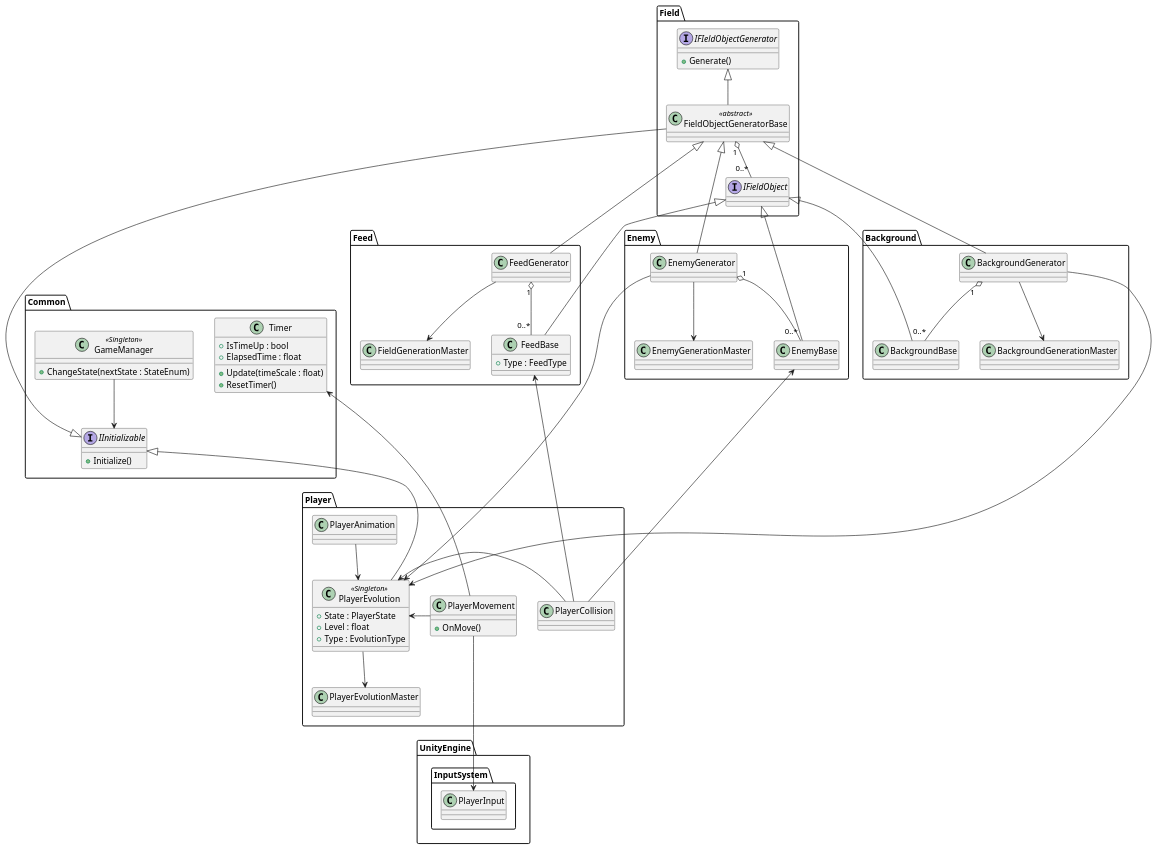
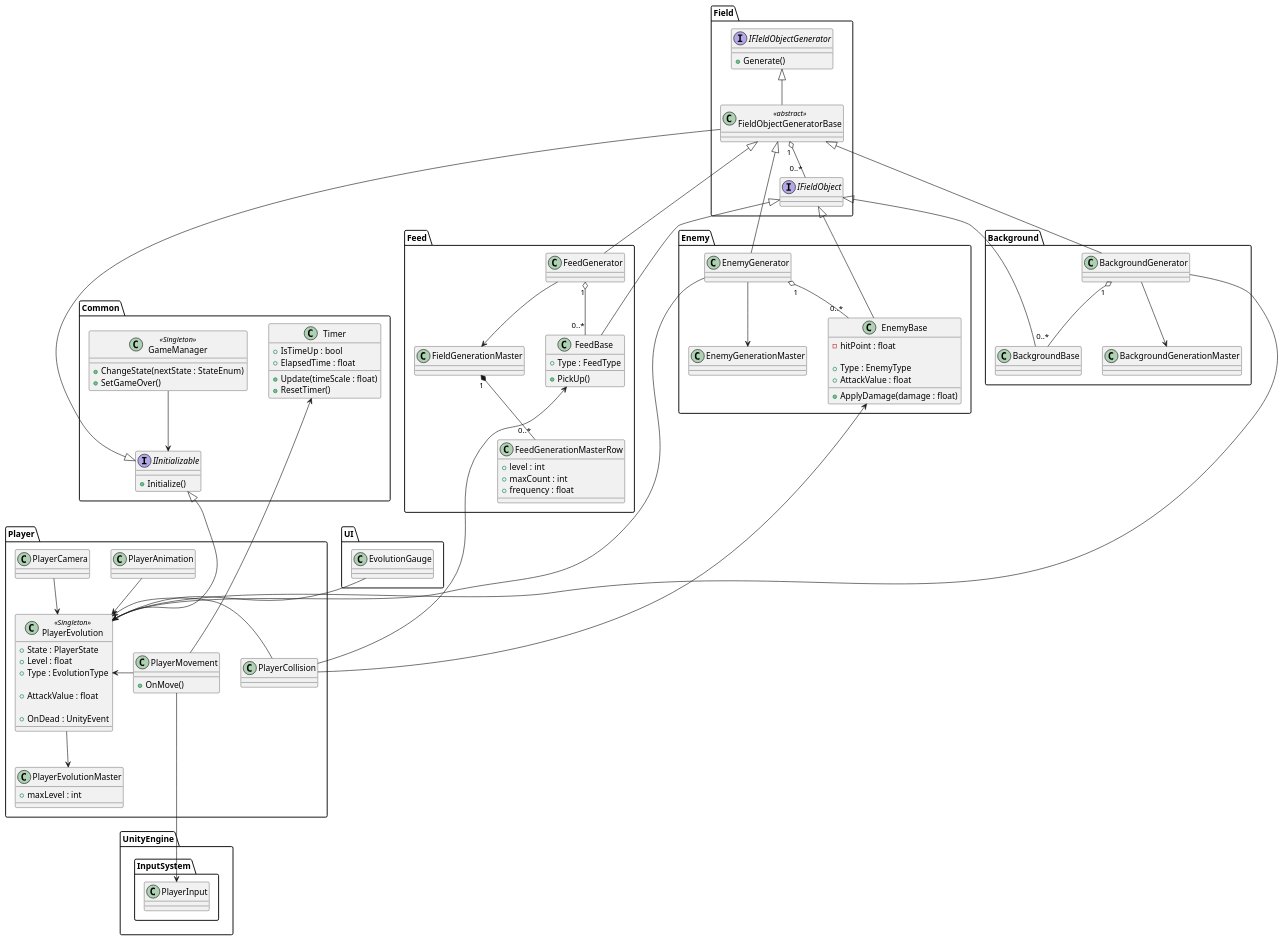
One commit to Donguri-AcornSloth/GGJTUT23Team4 changed the diagram in UML/Game.pu. Above: the diagram before and after it, drawn with PlantUML.

Commit message:
クラス図更新。

```diff
--- a/UML/Game.pu
+++ b/UML/Game.pu
@@ -1,125 +1,159 @@
 @startuml Game
 
 ' InputSystem
 package UnityEngine.InputSystem {
     class PlayerInput
 }
 
 ' ゲーム共通
 package Common {
     class GameManager <<Singleton>> {
         + ChangeState(nextState : StateEnum)
+        + SetGameOver()
     }
 
     interface IInitializable {
         + Initialize()
     }
 
     GameManager --> IInitializable
 
     class Timer {
         + IsTimeUp : bool
         + ElapsedTime : float
 
         + Update(timeScale : float)
         + ResetTimer()
     }
 }
 ' プレイヤー
 package Player {
     class PlayerEvolution <<Singleton>> {
         + State : PlayerState
         + Level : float
         + Type : EvolutionType
+
+        + AttackValue : float
+
+        + OnDead : UnityEvent
     }
     IInitializable <|--- PlayerEvolution
 
     class PlayerMovement {
         + OnMove()
     }
 
     PlayerMovement -> PlayerEvolution
     PlayerMovement ---> PlayerInput
     Timer <--- PlayerMovement
 
     class PlayerAnimation {
     }
 
     PlayerAnimation --> PlayerEvolution
 
     class PlayerCollision {
     }
 
     PlayerCollision -> PlayerEvolution
 
     class PlayerEvolutionMaster {
+        + maxLevel : int
     }
     PlayerEvolution --> PlayerEvolutionMaster
+
+    class PlayerCamera {}
+    PlayerCamera --> PlayerEvolution
+}
+
+package UI {
+    class EvolutionGauge {
+    }
+    EvolutionGauge --> PlayerEvolution
 }
 
 ' フィールド共通
 package Field {
     interface IFieldObject {
     }
     interface IFIeldObjectGenerator {
         + Generate()
     }
 
     class FieldObjectGeneratorBase <<abstract>> {
     }
     IFIeldObjectGenerator <|-- FieldObjectGeneratorBase
     FieldObjectGeneratorBase -----|> IInitializable
 
     FieldObjectGeneratorBase "1" o-- "0..*" IFieldObject
 }
 
 ' 敵
 package Enemy {
     class EnemyBase {
+        - hitPoint : float
+
+        + Type : EnemyType
+        + AttackValue : float
+        + ApplyDamage(damage : float)
     }
     EnemyBase --|> IFieldObject
 
     class EnemyGenerator {
     }
     FieldObjectGeneratorBase <|--- EnemyGenerator
     EnemyGenerator "1" o-- "0..*" EnemyBase
     EnemyGenerator ----> PlayerEvolution
 
     EnemyGenerator --> EnemyGenerationMaster
 }
 
 ' 餌
 package Feed {
     class FeedBase {
         + Type : FeedType
+
+        + PickUp()
     }
     FeedBase --|> IFieldObject
 
     class FeedGenerator {
     }
     FieldObjectGeneratorBase <|--- FeedGenerator
     FeedGenerator "1" o-- "0..*" FeedBase
 
+    class FeedGenerationMasterRow {
+        + level : int
+        + maxCount : int
+        + frequency : float
+    }
+
+    class FieldGenerationMaster {
+    }
+    FieldGenerationMaster "1" *-- "0..*" FeedGenerationMasterRow
+
     FeedGenerator --> FieldGenerationMaster
+
+
 
 }
 
 ' 背景・その他飾り
 package Background {
     class BackgroundBase {
     }
     BackgroundBase --|> IFieldObject
 
     class BackgroundGenerator {
     }
     FieldObjectGeneratorBase <|--- BackgroundGenerator
     BackgroundGenerator "1" o-- "0..*" BackgroundBase
     BackgroundGenerator ----> PlayerEvolution
 
     BackgroundGenerator --> BackgroundGenerationMaster
 }
 
 FeedBase <-- PlayerCollision
 EnemyBase <-- PlayerCollision
 
 @enduml
```
